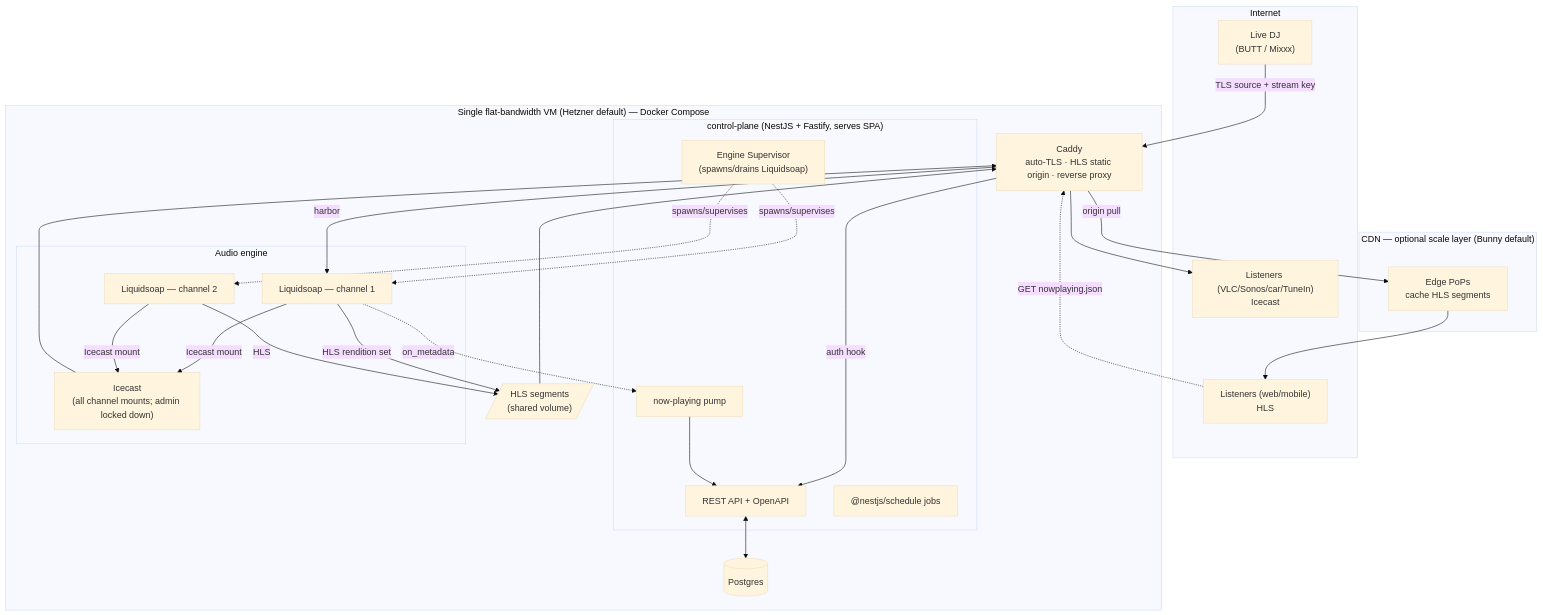
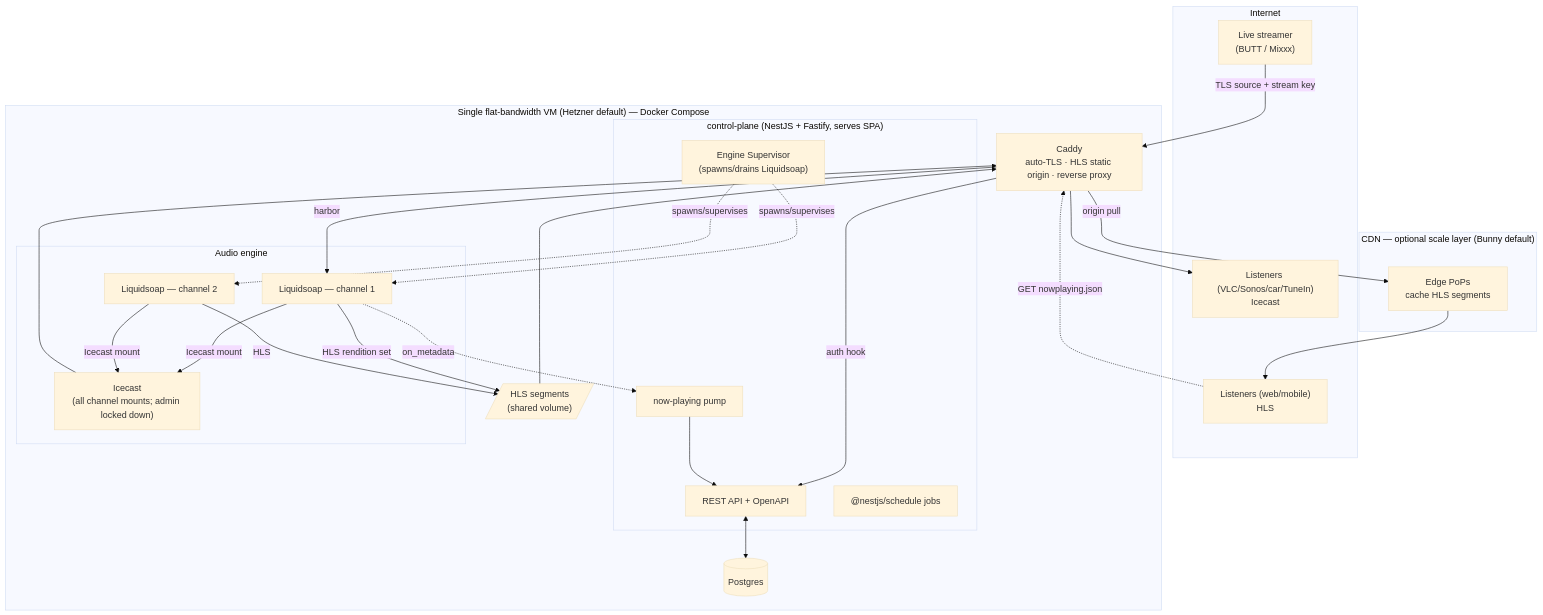
Before and after one commit to woodrow-projects/aerial: the diagram in docs/ARCHITECTURE.md, drawn with Mermaid (base theme). The commit also changed other lines of this file and 9 other files, not shown here.

````diff
--- a/docs/ARCHITECTURE.md
+++ b/docs/ARCHITECTURE.md
@@ -17,48 +17,48 @@
 ```mermaid
 graph TD
     subgraph Internet
-        DJ["Live DJ<br/>(BUTT / Mixxx)"]
+        STREAMER["Live streamer<br/>(BUTT / Mixxx)"]
         L_HLS["Listeners (web/mobile)<br/>HLS"]
         L_LEG["Listeners (VLC/Sonos/car/TuneIn)<br/>Icecast"]
     end
 
     subgraph CDN ["CDN — optional scale layer (Bunny default)"]
         EDGE["Edge PoPs<br/>cache HLS segments"]
     end
 
     subgraph VM ["Single flat-bandwidth VM (Hetzner default) — Docker Compose"]
         CADDY["Caddy<br/>auto-TLS · HLS static origin · reverse proxy"]
 
         subgraph CP ["control-plane (NestJS + Fastify, serves SPA)"]
             API["REST API + OpenAPI"]
             SUP["Engine Supervisor<br/>(spawns/drains Liquidsoap)"]
             NP["now-playing pump"]
             JOBS["@nestjs/schedule jobs"]
         end
 
         subgraph ENG ["Audio engine"]
             LS1["Liquidsoap — channel 1"]
             LS2["Liquidsoap — channel 2"]
             ICE["Icecast<br/>(all channel mounts; admin locked down)"]
         end
 
         PG[("Postgres")]
         VOL[/"HLS segments<br/>(shared volume)"/]
     end
 
-    DJ -->|TLS source + stream key| CADDY -->|harbor| LS1
+    STREAMER -->|TLS source + stream key| CADDY -->|harbor| LS1
     LS1 -->|HLS rendition set| VOL
     LS1 -->|Icecast mount| ICE
     LS2 -->|HLS| VOL
     LS2 -->|Icecast mount| ICE
 
     CADDY -->|auth hook| API
     SUP -.spawns/supervises.-> LS1 & LS2
     LS1 -.on_metadata.-> NP --> API
     API <--> PG
 
     VOL --> CADDY
     CADDY -->|origin pull| EDGE --> L_HLS
     ICE --> CADDY --> L_LEG
     L_HLS -."GET nowplaying.json".-> CADDY
 ```
````
